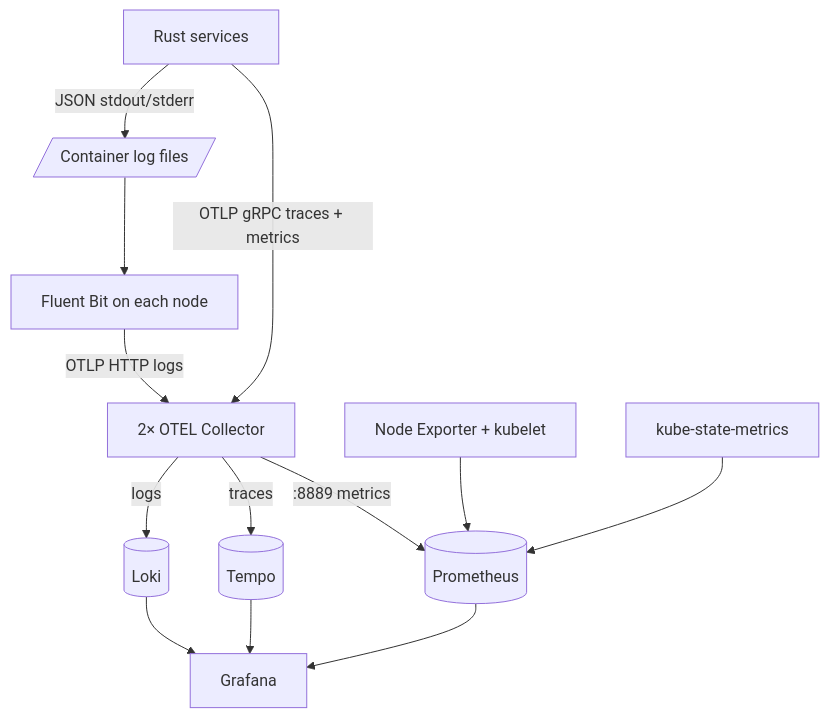
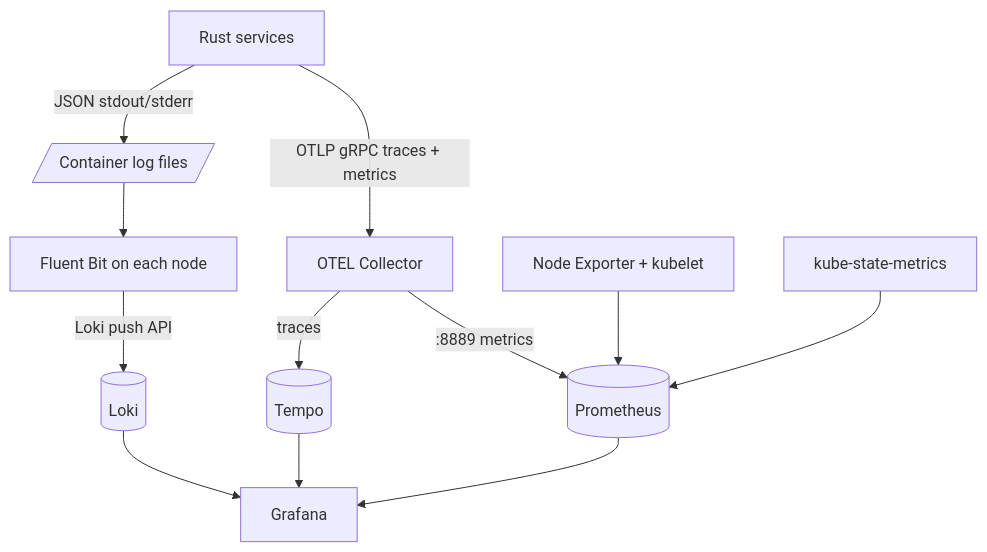
The sixth of 6 diagrams in README.md (bhatvinay7/bookit), drawn with Mermaid before and after one commit. The commit also changed other lines of this file and 45 other files, not shown here.

````diff
--- a/README.md
+++ b/README.md
@@ -449,15 +448,14 @@
 ```mermaid
 flowchart TD
     APP[Rust services] -->|JSON stdout/stderr| CRI[/Container log files/]
     CRI --> FB[Fluent Bit on each node]
-    FB -->|OTLP HTTP logs| OTEL[2× OTEL Collector]
-    APP -->|OTLP gRPC traces + metrics| OTEL
-    OTEL -->|logs| LOKI[(Loki)]
+    FB -->|Loki push API| LOKI[(Loki)]
+    APP -->|OTLP gRPC traces + metrics| OTEL[OTEL Collector]
     OTEL -->|traces| TEMPO[(Tempo)]
     OTEL -->|:8889 metrics| PROM[(Prometheus)]
     NODE[Node Exporter + kubelet] --> PROM
     KSM[kube-state-metrics] --> PROM
     LOKI --> GRAFANA[Grafana]
     TEMPO --> GRAFANA
     PROM --> GRAFANA
 ```
````
